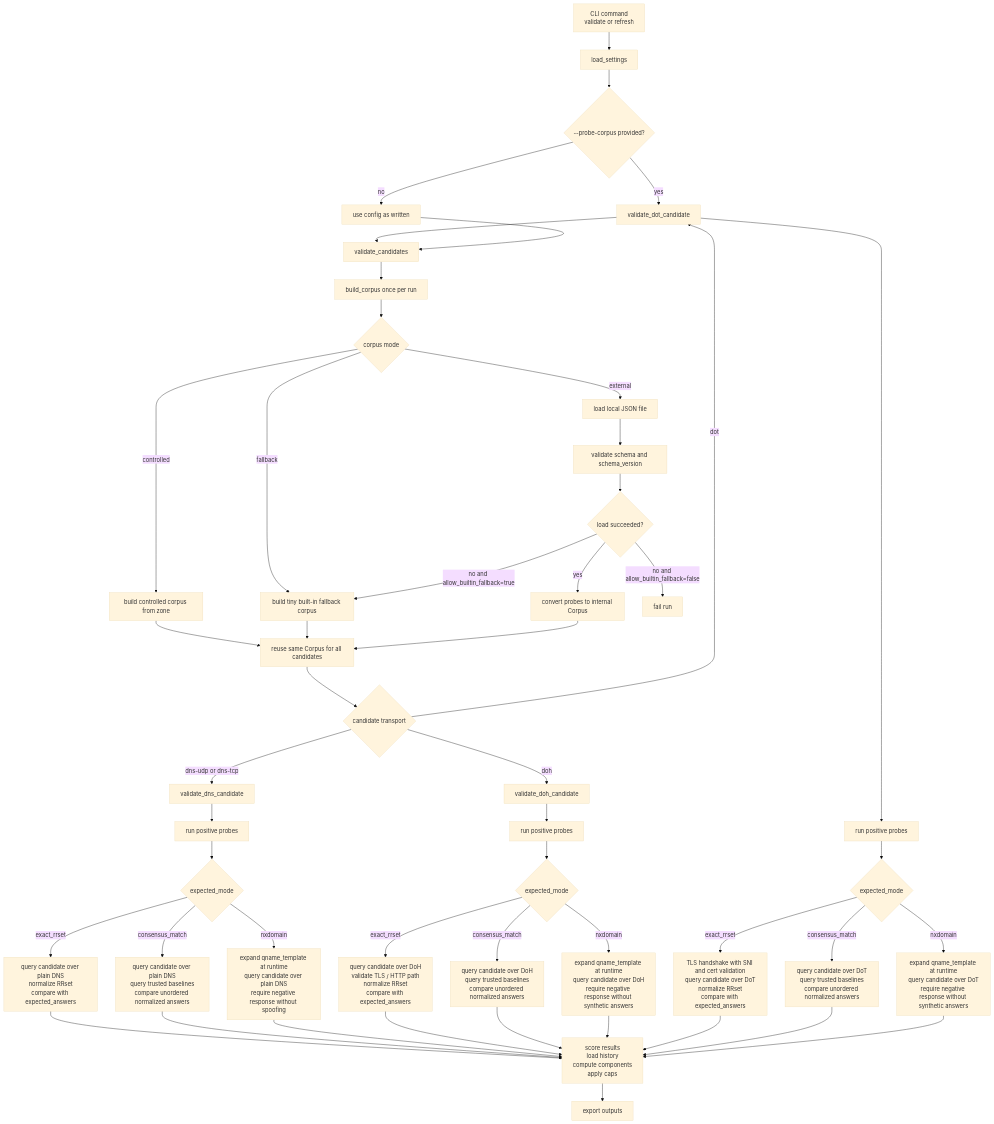
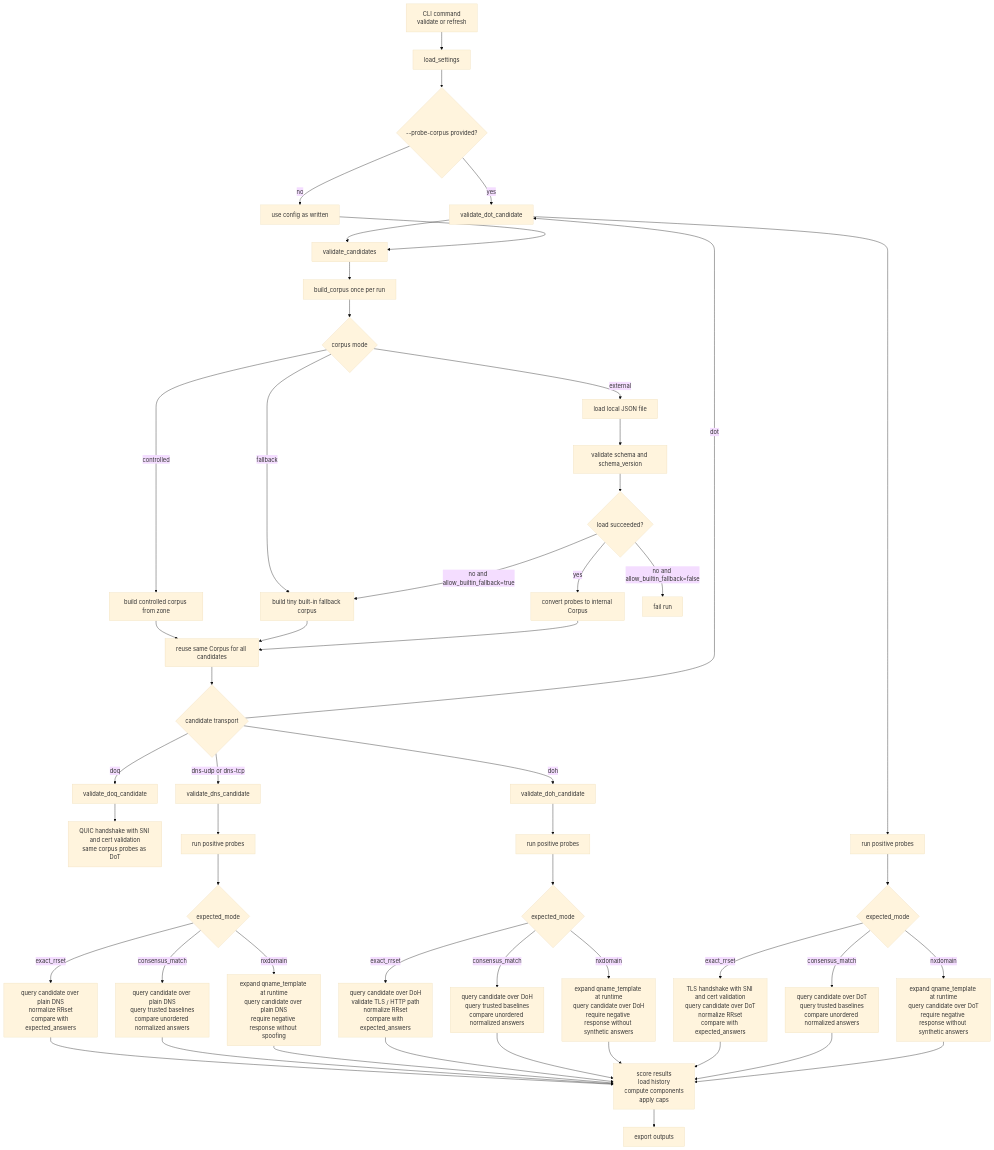
Before and after one commit to disposable/public-dns-crawler: the diagram in README.md, drawn with Mermaid (base theme). The commit also changed other lines of this file and 23 other files, not shown here.

````diff
--- a/README.md
+++ b/README.md
@@ -274,55 +295,58 @@
 ```mermaid
 flowchart TD
     A[CLI command<br/>validate or refresh] --> B[load_settings]
     B --> C{--probe-corpus provided?}
     C -->|yes| D[force corpus mode to external<br/>set validation.corpus.path]
     C -->|no| E[use config as written]
     D --> F[validate_candidates]
     E --> F
     F --> G[build_corpus once per run]
     G --> H{corpus mode}
     H -->|controlled| I[build controlled corpus from zone]
     H -->|external| J[load local JSON file]
     H -->|fallback| K[build tiny built-in fallback corpus]
     J --> L[validate schema and schema_version]
     L --> M{load succeeded?}
     M -->|yes| N[convert probes to internal Corpus]
     M -->|no and allow_builtin_fallback=true| K
     M -->|no and allow_builtin_fallback=false| O[fail run]
     I --> P[reuse same Corpus for all candidates]
     K --> P
     N --> P
     P --> Q{candidate transport}
     Q -->|dns-udp or dns-tcp| R[validate_dns_candidate]
     Q -->|doh| S[validate_doh_candidate]
     Q -->|dot| D[validate_dot_candidate]
+    Q -->|doq| X[validate_doq_candidate]
+
+    X --> X1[QUIC handshake with SNI and cert validation<br/>same corpus probes as DoT]
 
     R --> R1[run positive probes]
     R1 --> R2{expected_mode}
     R2 -->|exact_rrset| R3[query candidate over plain DNS<br/>normalize RRset<br/>compare with expected_answers]
     R2 -->|consensus_match| R4[query candidate over plain DNS<br/>query trusted baselines<br/>compare unordered normalized answers]
     R2 -->|nxdomain| R5[expand qname_template at runtime<br/>query candidate over plain DNS<br/>require negative response without spoofing]
     R3 --> T[score results<br/>load history<br/>compute components<br/>apply caps]
     R4 --> T
     R5 --> T
 
     S --> S1[run positive probes]
     S1 --> S2{expected_mode}
     S2 -->|exact_rrset| S3[query candidate over DoH<br/>validate TLS / HTTP path<br/>normalize RRset<br/>compare with expected_answers]
     S2 -->|consensus_match| S4[query candidate over DoH<br/>query trusted baselines<br/>compare unordered normalized answers]
     S2 -->|nxdomain| S5[expand qname_template at runtime<br/>query candidate over DoH<br/>require negative response without synthetic answers]
     S3 --> T
     S4 --> T
     S5 --> T
 
     D --> D1[run positive probes]
     D1 --> D2{expected_mode}
     D2 -->|exact_rrset| D3[TLS handshake with SNI and cert validation<br/>query candidate over DoT<br/>normalize RRset<br/>compare with expected_answers]
     D2 -->|consensus_match| D4[query candidate over DoT<br/>query trusted baselines<br/>compare unordered normalized answers]
     D2 -->|nxdomain| D5[expand qname_template at runtime<br/>query candidate over DoT<br/>require negative response without synthetic answers]
     D3 --> T
     D4 --> T
     D5 --> T
 
     T --> U[export outputs]
 ```
````
